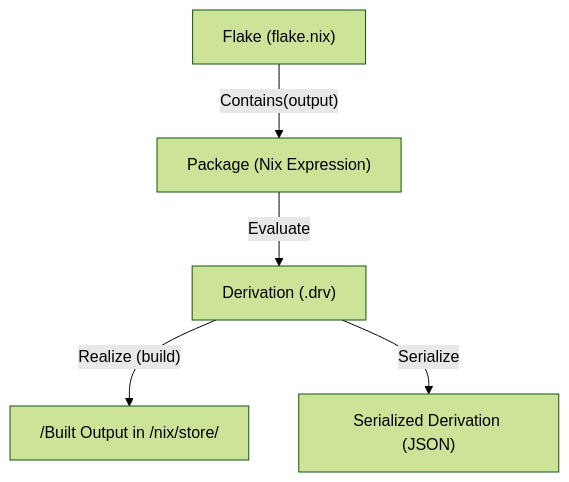
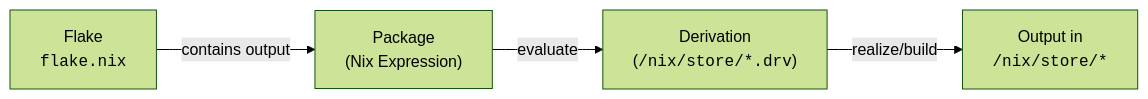
Before and after one commit to sdsc-ordes/nix-workshop: the diagram in README.md, drawn with Mermaid (forest theme).

Commit message:
doc: LR linear flowchart

````diff
--- a/README.md
+++ b/README.md
@@ -192,9 +192,8 @@
 ```mermaid
 
-flowchart TD
-    A["Flake (flake.nix)"] -->|"Contains(output)"| B["Package (Nix Expression)"]
-    B -->|"Evaluate"| C["Derivation (.drv)"]
-    C -->|"Realize (build)"| D["/Built Output in /nix/store/"]
-    C -->|"Serialize"| E["Serialized Derivation (JSON)"]
+flowchart LR
+    A["Flake<br><code>flake.nix</code>"] -->|"contains output"| B["Package<br>(Nix Expression)"]
+    B -->|"evaluate"| C["Derivation<br>(<code>/nix/store/*.drv</code>)"]
+    C -->|"realize/build"| D["Output in<br><code>/nix/store/*</code>"]
 
 ```
````
